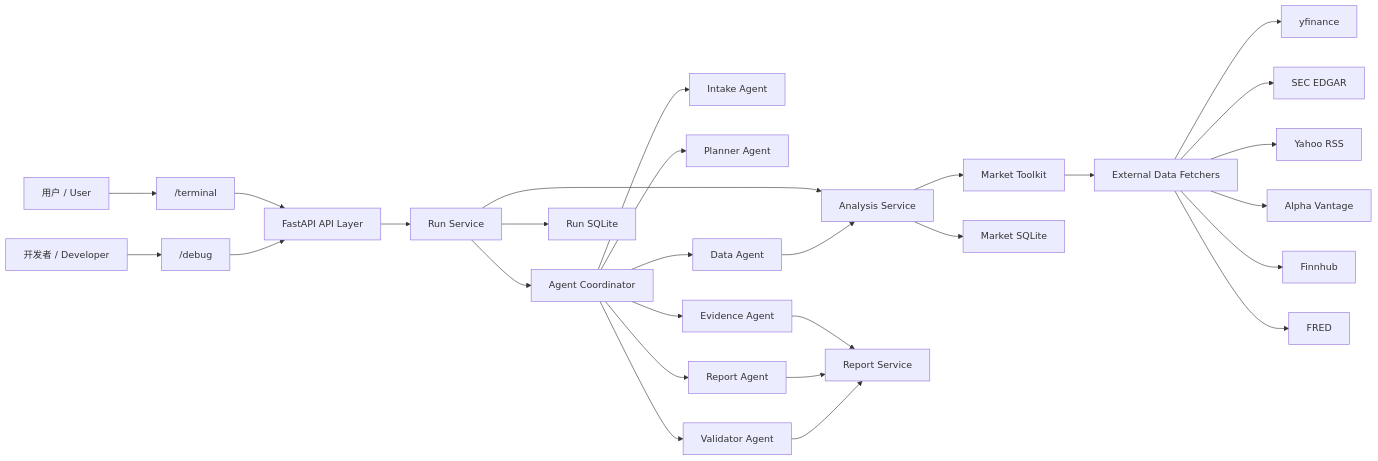
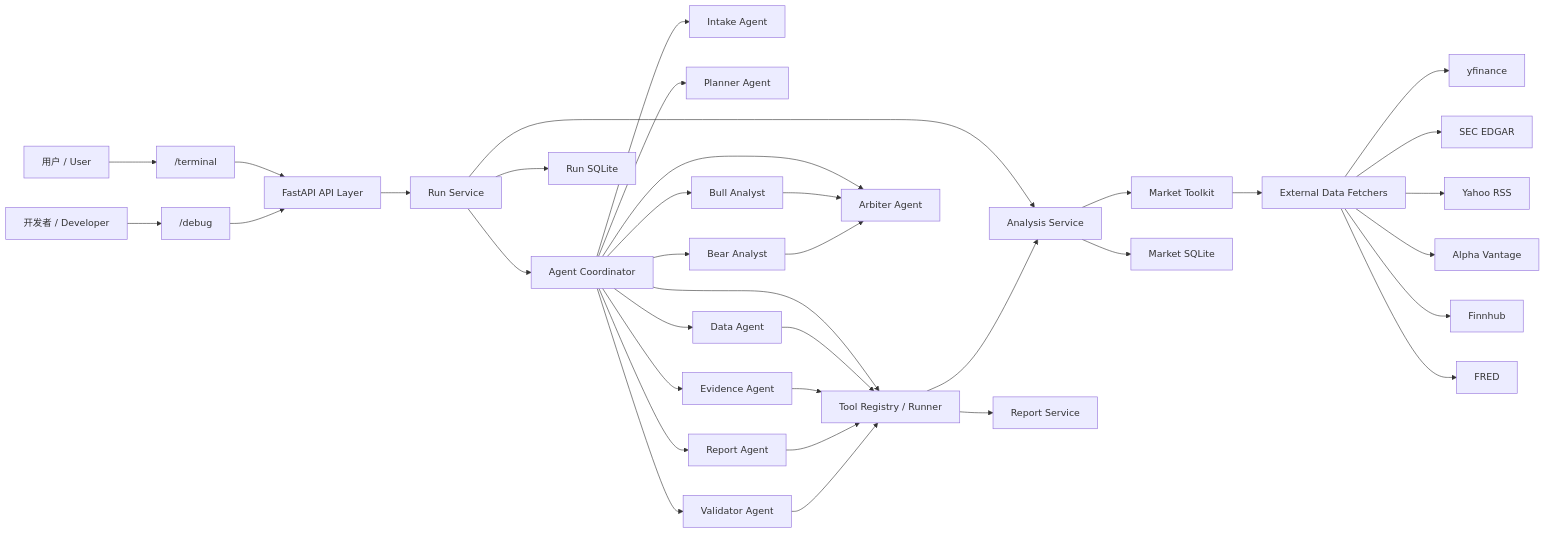
One commit to kevin32kouyu-lab/kevin-financial-agent changed the first of 2 diagrams in README.md. Above: the diagram before and after it, drawn with Mermaid. The commit also changed other lines of this file and 19 other files, not shown here.

````diff
--- a/README.md
+++ b/README.md
@@ -208,33 +212,41 @@
 ```mermaid
 flowchart LR
     U["用户 / User"] --> T["/terminal"]
     D["开发者 / Developer"] --> G["/debug"]
     T --> API["FastAPI API Layer"]
     G --> API
 
     API --> RUN["Run Service"]
     RUN --> COORD["Agent Coordinator"]
     COORD --> INTAKE["Intake Agent"]
     COORD --> PLAN["Planner Agent"]
+    COORD --> TOOLRUN["Tool Registry / Runner"]
     COORD --> DATAAGENT["Data Agent"]
     COORD --> EVIDENCE["Evidence Agent"]
+    COORD --> BULL["Bull Analyst"]
+    COORD --> BEAR["Bear Analyst"]
+    COORD --> ARBITER["Arbiter Agent"]
     COORD --> REPORTAGENT["Report Agent"]
     COORD --> VALIDATOR["Validator Agent"]
     RUN --> ANALYSIS["Analysis Service"]
-    DATAAGENT --> ANALYSIS
-    EVIDENCE --> REPORT["Report Service"]
-    REPORTAGENT --> REPORT
-    VALIDATOR --> REPORT
+    DATAAGENT --> TOOLRUN
+    EVIDENCE --> TOOLRUN
+    REPORTAGENT --> TOOLRUN
+    VALIDATOR --> TOOLRUN
+    TOOLRUN --> ANALYSIS
+    TOOLRUN --> REPORT["Report Service"]
+    BULL --> ARBITER
+    BEAR --> ARBITER
     ANALYSIS --> TOOLKIT["Market Toolkit"]
 
     TOOLKIT --> FETCH["External Data Fetchers"]
     FETCH --> YF["yfinance"]
     FETCH --> SEC["SEC EDGAR"]
     FETCH --> RSS["Yahoo RSS"]
     FETCH --> AV["Alpha Vantage"]
     FETCH --> FH["Finnhub"]
     FETCH --> FRED["FRED"]
 
     RUN --> RUNDB["Run SQLite"]
     ANALYSIS --> MARKETDB["Market SQLite"]
 ```
````
